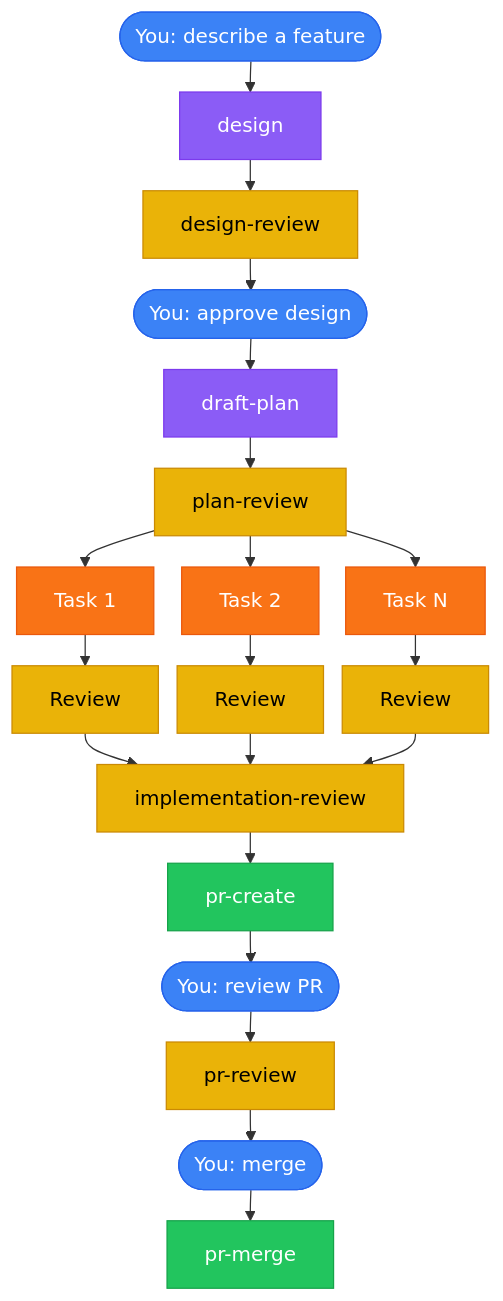
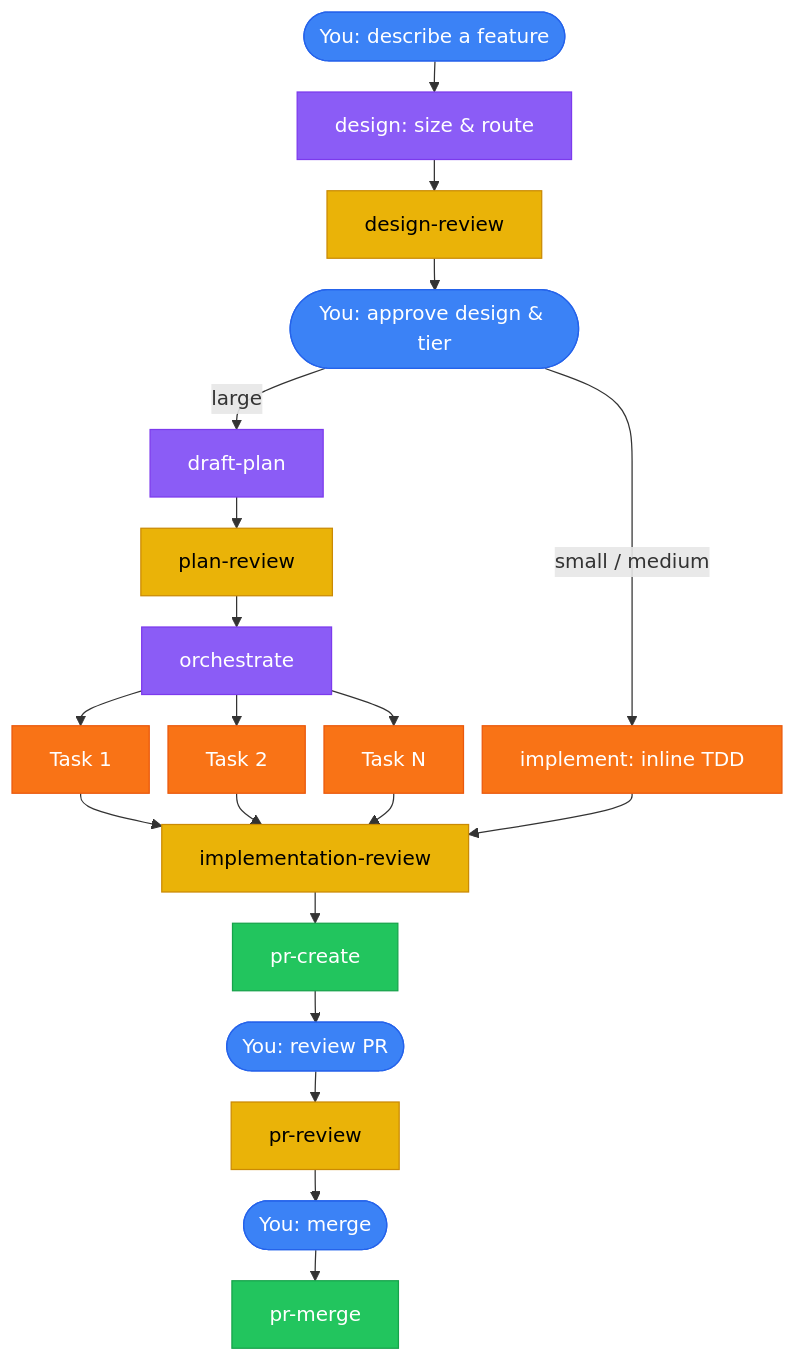
The diagram in README.md (nikhilsitaram/claude-caliper), drawn with Mermaid before and after one commit. The commit also changed other lines of this file and 4 other files, not shown here.

First line of the commit message:
docs(caliper-v2/phase-c): tier-model docs sweep, implement-skill registration, v1.53.0 (#270)

````diff
--- a/README.md
+++ b/README.md
@@ -62,43 +61,42 @@
 ```mermaid
 %%{init: {'flowchart': {'nodeSpacing': 15, 'rankSpacing': 25}}}%%
 flowchart TD
-    A([You: describe a feature]) --> B[design]
+    A([You: describe a feature]) --> B[design: size & route]
     B --> BR[design-review]
-    BR --> C([You: approve design])
-    C --> D[draft-plan]
+    BR --> C([You: approve design & tier])
+
+    C -->|small / medium| I[implement: inline TDD]
+    C -->|large| D[draft-plan]
     D --> DR[plan-review]
+    DR --> O[orchestrate]
 
-    DR --> T1[Task 1]
-    DR --> T2[Task 2]
-    DR --> TN[Task N]
+    O --> T1[Task 1]
+    O --> T2[Task 2]
+    O --> TN[Task N]
 
-    T1 --> R1[Review]
-    T2 --> R2[Review]
-    TN --> RN[Review]
-
-    R1 & R2 & RN --> IR[implementation-review]
+    T1 & T2 & TN --> IR[implementation-review]
+    I --> IR
     IR --> S[pr-create]
     S --> M([You: review PR])
     M --> MR[pr-review]
     MR --> MP([You: merge])
     MP --> MG[pr-merge]
 
     style A    fill:#3b82f6,stroke:#2563eb,color:#fff
     style B    fill:#8b5cf6,stroke:#7c3aed,color:#fff
     style BR   fill:#eab308,stroke:#ca8a04,color:#000
     style C    fill:#3b82f6,stroke:#2563eb,color:#fff
+    style I    fill:#f97316,stroke:#ea580c,color:#fff
     style D    fill:#8b5cf6,stroke:#7c3aed,color:#fff
     style DR   fill:#eab308,stroke:#ca8a04,color:#000
+    style O    fill:#8b5cf6,stroke:#7c3aed,color:#fff
     style T1   fill:#f97316,stroke:#ea580c,color:#fff
     style T2   fill:#f97316,stroke:#ea580c,color:#fff
     style TN   fill:#f97316,stroke:#ea580c,color:#fff
-    style R1   fill:#eab308,stroke:#ca8a04,color:#000
-    style R2   fill:#eab308,stroke:#ca8a04,color:#000
-    style RN   fill:#eab308,stroke:#ca8a04,color:#000
     style IR   fill:#eab308,stroke:#ca8a04,color:#000
     style S    fill:#22c55e,stroke:#16a34a,color:#fff
     style M    fill:#3b82f6,stroke:#2563eb,color:#fff
     style MR   fill:#eab308,stroke:#ca8a04,color:#000
     style MP   fill:#3b82f6,stroke:#2563eb,color:#fff
     style MG   fill:#22c55e,stroke:#16a34a,color:#fff
 ```
````
